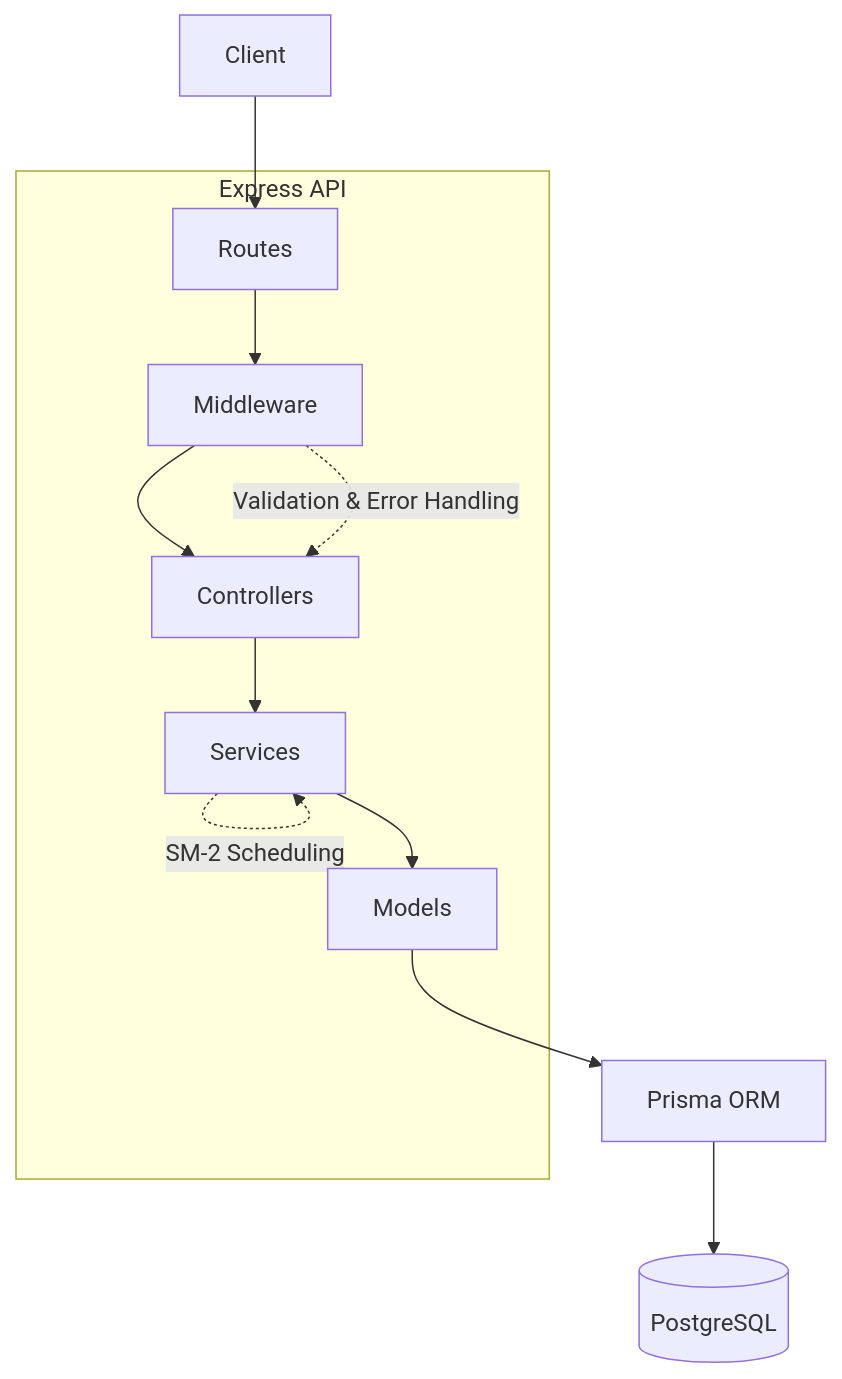
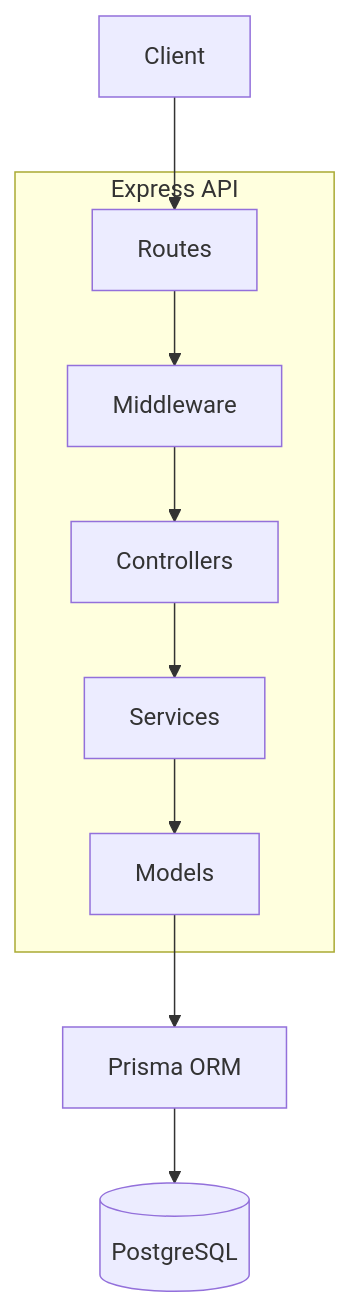
Before and after one commit to Pilks-pixel/top_vino_backend: the diagram in README.md, drawn with Mermaid. The commit also changed other lines of this file and 14 other files, not shown here.

````diff
--- a/README.md
+++ b/README.md
@@ -57,27 +75,24 @@
 ```mermaid
 flowchart TD
 
 Client[Client]
 
 subgraph Express API
     Routes[Routes]
     Middleware[Middleware]
     Controllers[Controllers]
     Services[Services]
     Models[Models]
 end
 
 Prisma[Prisma ORM]
 DB[(PostgreSQL)]
 
 Client --> Routes
 Routes --> Middleware
 Middleware --> Controllers
 Controllers --> Services
 Services --> Models
 Models --> Prisma
 Prisma --> DB
-
-Services -. SM-2 Scheduling .-> Services
-Middleware -. Validation & Error Handling .-> Controllers
 ```
````
